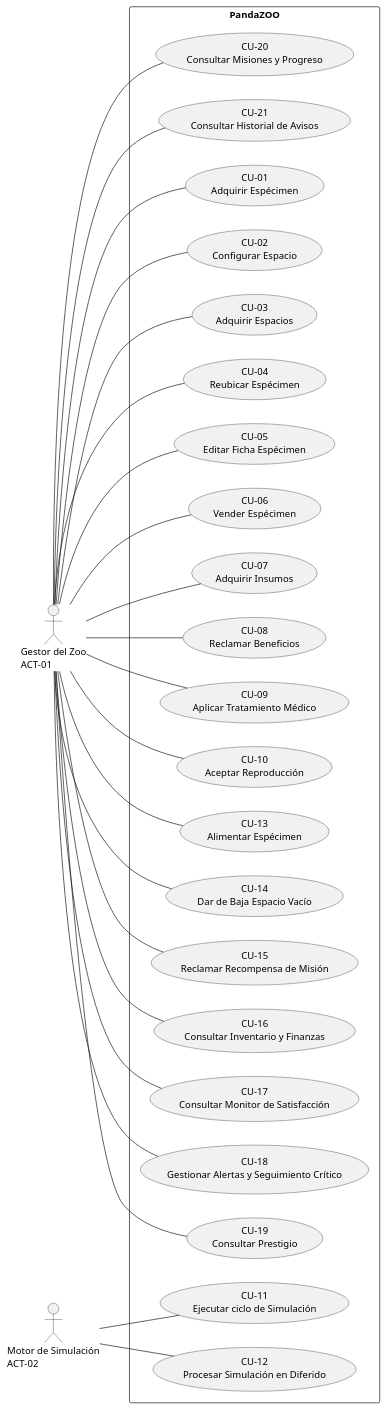
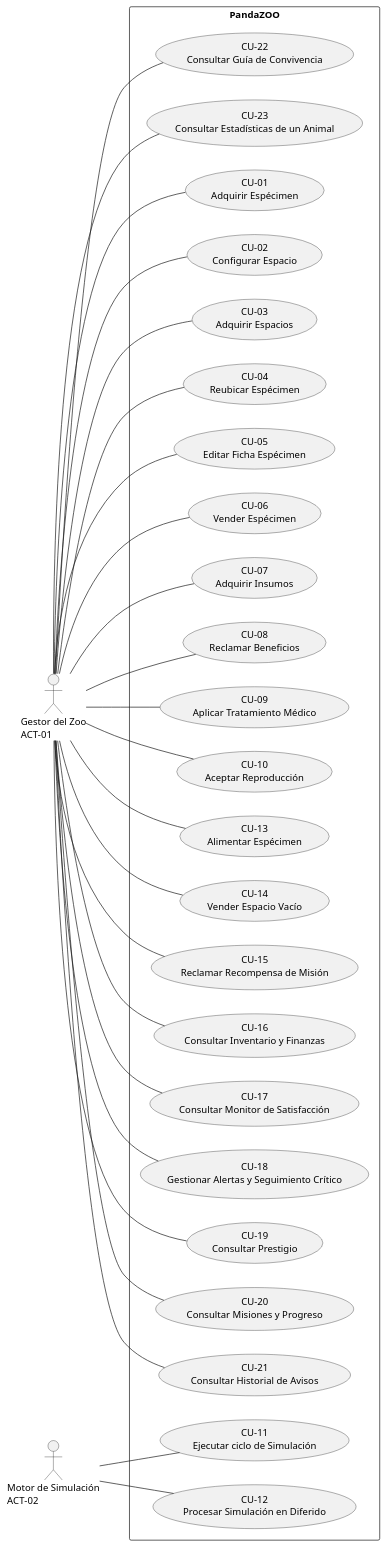
The diagram in IngenieriaSoftware/CasosUso/DiagramaCU.md (Tupanditta/PandaZOO), drawn with PlantUML before and after one commit. The commit also changed 102 other files, not shown here.

````diff
--- a/IngenieriaSoftware/CasosUso/DiagramaCU.md
+++ b/IngenieriaSoftware/CasosUso/DiagramaCU.md
@@ -1,54 +1,58 @@
 ```plantuml
 @startuml
 left to right direction
 
 actor "Gestor del Zoo\nACT-01" as ACT01
 actor "Motor de Simulación\nACT-02" as ACT02
 
 rectangle "PandaZOO" {
 	usecase "CU-01\nAdquirir Espécimen" as CU01
 	usecase "CU-02\nConfigurar Espacio" as CU02
 	usecase "CU-03\nAdquirir Espacios" as CU03
 	usecase "CU-04\nReubicar Espécimen" as CU04
 	usecase "CU-05\nEditar Ficha Espécimen" as CU05
 	usecase "CU-06\nVender Espécimen" as CU06
 	usecase "CU-07\nAdquirir Insumos" as CU07
 	usecase "CU-08\nReclamar Beneficios" as CU08
 	usecase "CU-09\nAplicar Tratamiento Médico" as CU09
 	usecase "CU-10\nAceptar Reproducción" as CU10
 	usecase "CU-11\nEjecutar ciclo de Simulación" as CU11
 	usecase "CU-12\nProcesar Simulación en Diferido" as CU12
 	usecase "CU-13\nAlimentar Espécimen" as CU13
-	usecase "CU-14\nDar de Baja Espacio Vacío" as CU14
+	usecase "CU-14\nVender Espacio Vacío" as CU14
 	usecase "CU-15\nReclamar Recompensa de Misión" as CU15
 	usecase "CU-16\nConsultar Inventario y Finanzas" as CU16
 	usecase "CU-17\nConsultar Monitor de Satisfacción" as CU17
 	usecase "CU-18\nGestionar Alertas y Seguimiento Crítico" as CU18
 	usecase "CU-19\nConsultar Prestigio" as CU19
 	usecase "CU-20\nConsultar Misiones y Progreso" as CU20
 	usecase "CU-21\nConsultar Historial de Avisos" as CU21
+	usecase "CU-22\nConsultar Guía de Convivencia" as CU22
+	usecase "CU-23\nConsultar Estadísticas de un Animal" as CU23
 }
 
 ACT01 -- CU01
 ACT01 -- CU02
 ACT01 -- CU03
 ACT01 -- CU04
 ACT01 -- CU05
 ACT01 -- CU06
 ACT01 -- CU07
 ACT01 -- CU08
 ACT01 -- CU09
 ACT01 -- CU10
 ACT02 -- CU11
 ACT02 -- CU12
 ACT01 -- CU13
 ACT01 -- CU14
 ACT01 -- CU15
 ACT01 -- CU16
 ACT01 -- CU17
 ACT01 -- CU18
 ACT01 -- CU19
 ACT01 -- CU20
 ACT01 -- CU21
+ACT01 -- CU22
+ACT01 -- CU23
 @enduml
 ```
````
